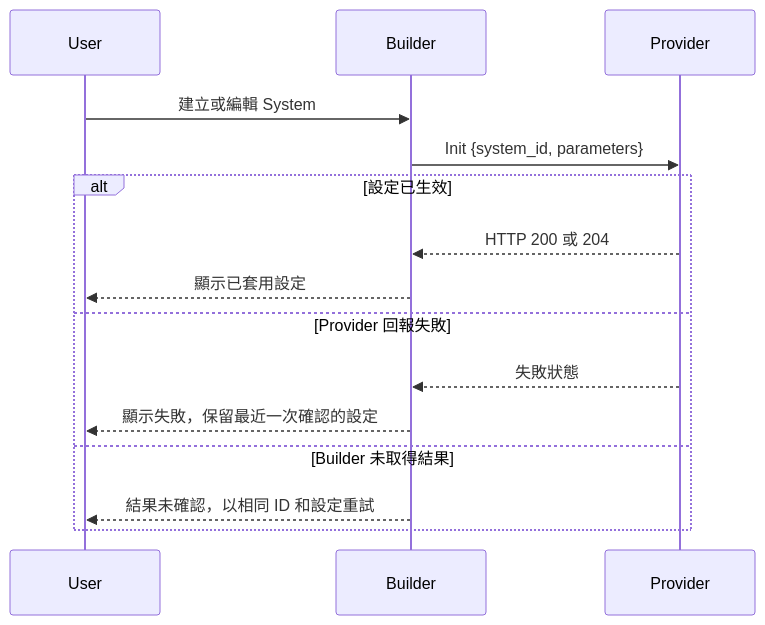
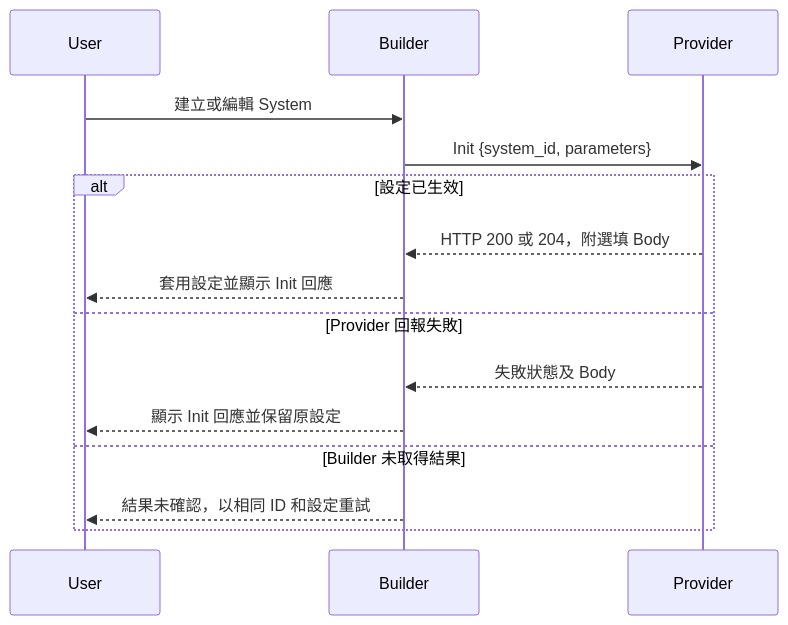
One commit to SunnyWenwen/rag_platform changed the third of 4 diagrams in router_method/architecture.md. Above: the diagram before and after it, drawn with Mermaid. The commit also changed other lines of this file and 7 other files, not shown here.

````diff
--- a/router_method/architecture.md
+++ b/router_method/architecture.md
@@ -29,17 +30,17 @@
 ```mermaid
 sequenceDiagram
     participant U as User
     participant B as Builder
     participant P as Provider
     U->>B: 建立或編輯 System
     B->>P: Init {system_id, parameters}
     alt 設定已生效
-        P-->>B: HTTP 200 或 204
-        B-->>U: 顯示已套用設定
+        P-->>B: HTTP 200 或 204，附選填 Body
+        B-->>U: 套用設定並顯示 Init 回應
     else Provider 回報失敗
-        P-->>B: 失敗狀態
-        B-->>U: 顯示失敗，保留最近一次確認的設定
+        P-->>B: 失敗狀態及 Body
+        B-->>U: 顯示 Init 回應並保留原設定
     else Builder 未取得結果
         B-->>U: 結果未確認，以相同 ID 和設定重試
     end
 ```
````
